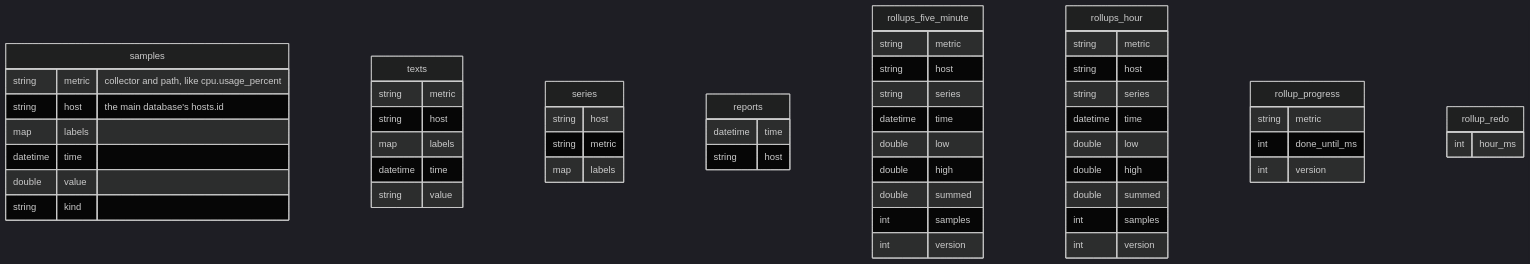
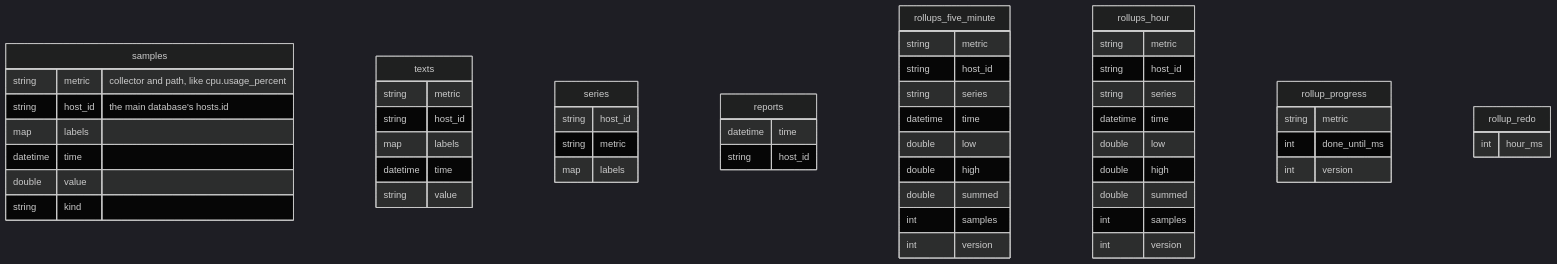
One commit to sfreiberg/maxnines changed the fourth of 4 diagrams in database/README.md. Above: the diagram before and after it, drawn with Mermaid (dark theme). The commit also changed other lines of this file and 4 other files, not shown here.

````diff
--- a/database/README.md
+++ b/database/README.md
@@ -450,57 +451,57 @@
 ```mermaid
 erDiagram
     samples {
         string metric "collector and path, like cpu.usage_percent"
-        string host "the main database's hosts.id"
+        string host_id "the main database's hosts.id"
         map labels
         datetime time
         double value
         string kind
     }
     texts {
         string metric
-        string host
+        string host_id
         map labels
         datetime time
         string value
     }
     series {
-        string host
+        string host_id
         string metric
         map labels
     }
     reports {
         datetime time
-        string host
+        string host_id
     }
     rollups_five_minute {
         string metric
-        string host
+        string host_id
         string series
         datetime time
         double low
         double high
         double summed
         int samples
         int version
     }
     rollups_hour {
         string metric
-        string host
+        string host_id
         string series
         datetime time
         double low
         double high
         double summed
         int samples
         int version
     }
     rollup_progress {
         string metric
         int done_until_ms
         int version
     }
     rollup_redo {
         int hour_ms
     }
 ```
````
